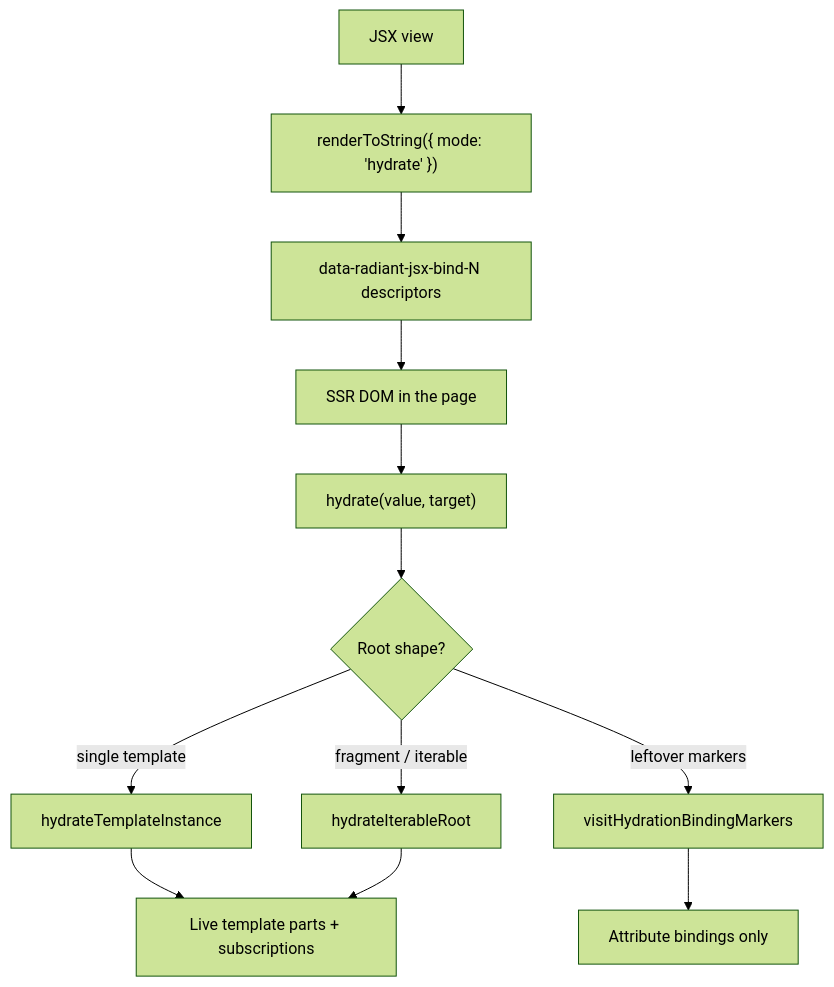
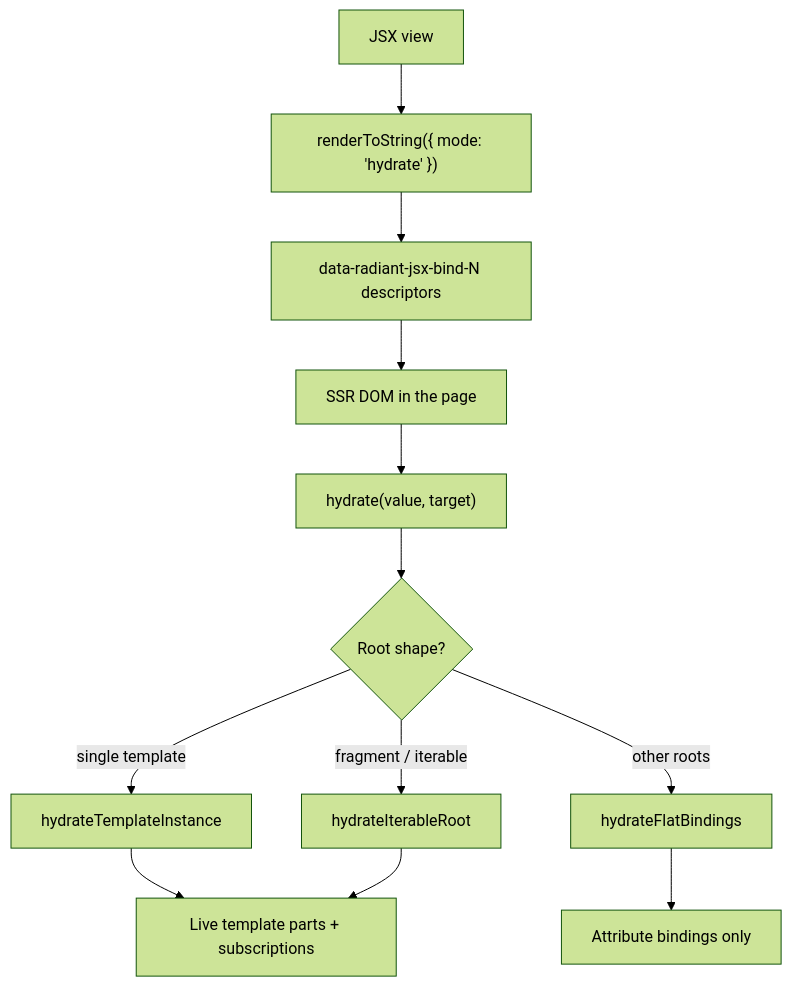
One commit to ecopages/radiant changed the fourth of 4 diagrams in packages/jsx/README.md. Above: the diagram before and after it, drawn with Mermaid (forest theme). The commit also changed other lines of this file and 19 other files, not shown here.

````diff
--- a/packages/jsx/README.md
+++ b/packages/jsx/README.md
@@ -444,14 +460,14 @@
 ```mermaid
 flowchart TD
   JSX["JSX view"] --> Serialize["renderToString({ mode: 'hydrate' })"]
   Serialize --> Markers["data-radiant-jsx-bind-N descriptors"]
   Markers --> DOM["SSR DOM in the page"]
   DOM --> Dispatch["hydrate(value, target)"]
   Dispatch --> Path{"Root shape?"}
   Path -->|single template| Template["hydrateTemplateInstance"]
   Path -->|fragment / iterable| Iterable["hydrateIterableRoot"]
-  Path -->|leftover markers| Flat["visitHydrationBindingMarkers"]
+  Path -->|other roots| Flat["hydrateFlatBindings"]
   Template --> Live["Live template parts + subscriptions"]
   Iterable --> Live
   Flat --> Attrs["Attribute bindings only"]
 ```
````
